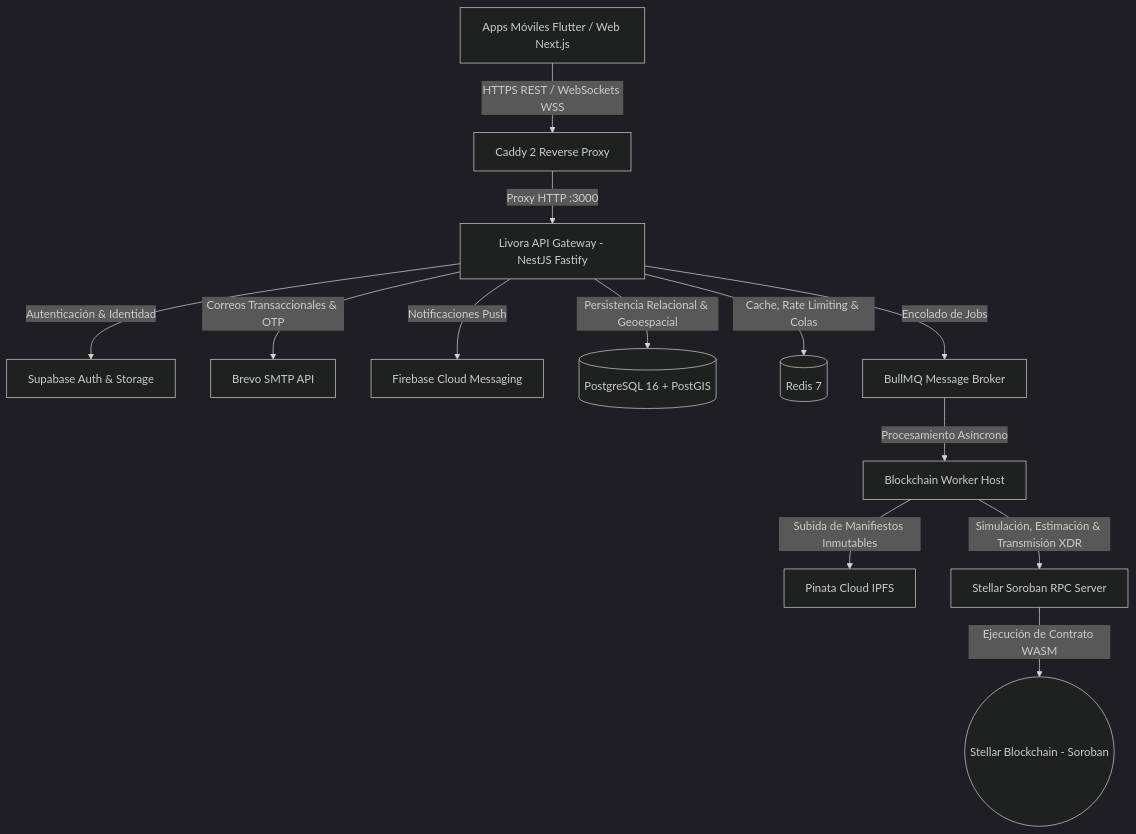
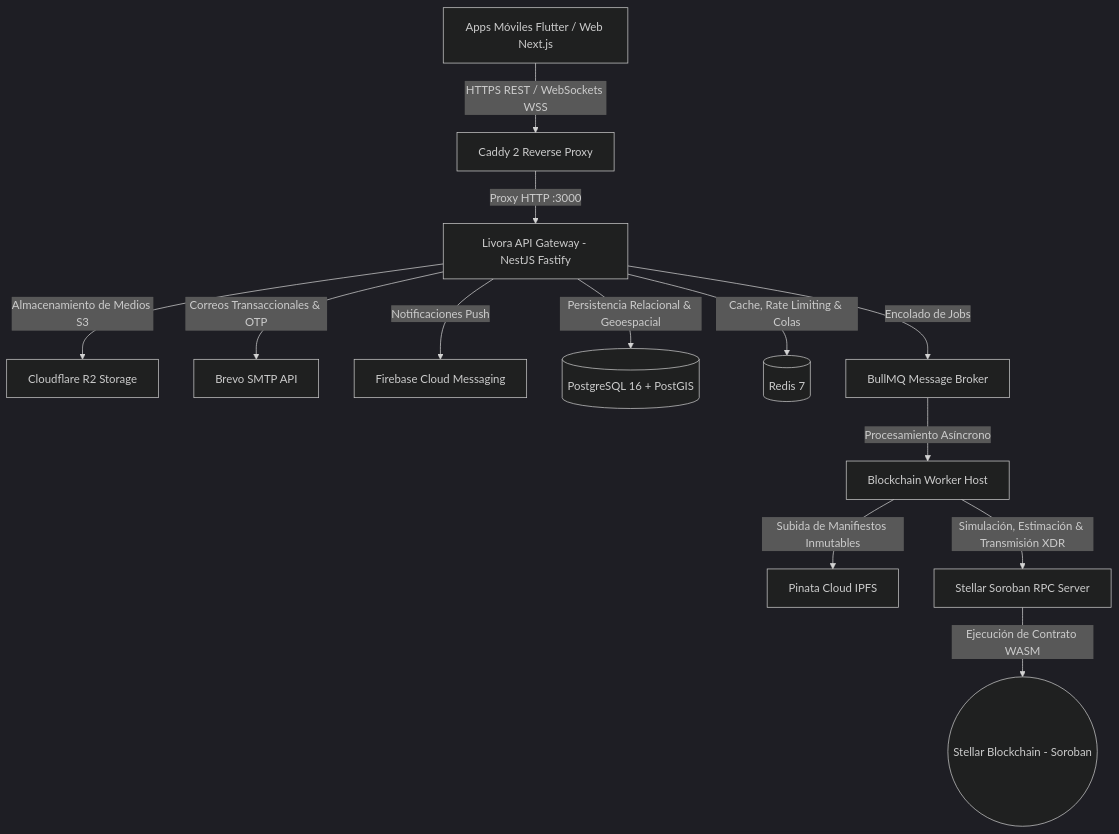
One commit to Livora-Labs/Livora-api-service changed the second of 8 diagrams in docs/arc42-architecture-report.md. Above: the diagram before and after it, drawn with Mermaid (dark theme). The commit also changed other lines of this file and 12 other files, not shown here.

Commit message:
chore(docs,deps): complete purge of legacy BaaS residues, update architecture diagrams and prune lockfile

````diff
--- a/docs/arc42-architecture-report.md
+++ b/docs/arc42-architecture-report.md
@@ -93,18 +93,18 @@
 ```mermaid
 graph TD
     ClientApp[Apps Móviles Flutter / Web Next.js] -->|HTTPS REST / WebSockets WSS| Caddy[Caddy 2 Reverse Proxy]
     Caddy -->|Proxy HTTP :3000| NestAPI[Livora API Gateway - NestJS Fastify]
     
-    NestAPI -->|Autenticación & Identidad| Supabase[Supabase Auth & Storage]
+    NestAPI -->|Almacenamiento de Medios S3| CloudflareR2[Cloudflare R2 Storage]
     NestAPI -->|Correos Transaccionales & OTP| Brevo[Brevo SMTP API]
     NestAPI -->|Notificaciones Push| FCM[Firebase Cloud Messaging]
     NestAPI -->|Persistencia Relacional & Geoespacial| Postgres[(PostgreSQL 16 + PostGIS)]
     NestAPI -->|Cache, Rate Limiting & Colas| Redis[(Redis 7)]
     
     NestAPI -->|Encolado de Jobs| BullMQ[BullMQ Message Broker]
     BullMQ -->|Procesamiento Asíncrono| Worker[Blockchain Worker Host]
     
     Worker -->|Subida de Manifiestos Inmutables| Pinata[Pinata Cloud IPFS]
     Worker -->|Simulación, Estimación & Transmisión XDR| StellarRPC[Stellar Soroban RPC Server]
     StellarRPC -->|Ejecución de Contrato WASM| StellarNet((Stellar Blockchain - Soroban))
 ```
````
